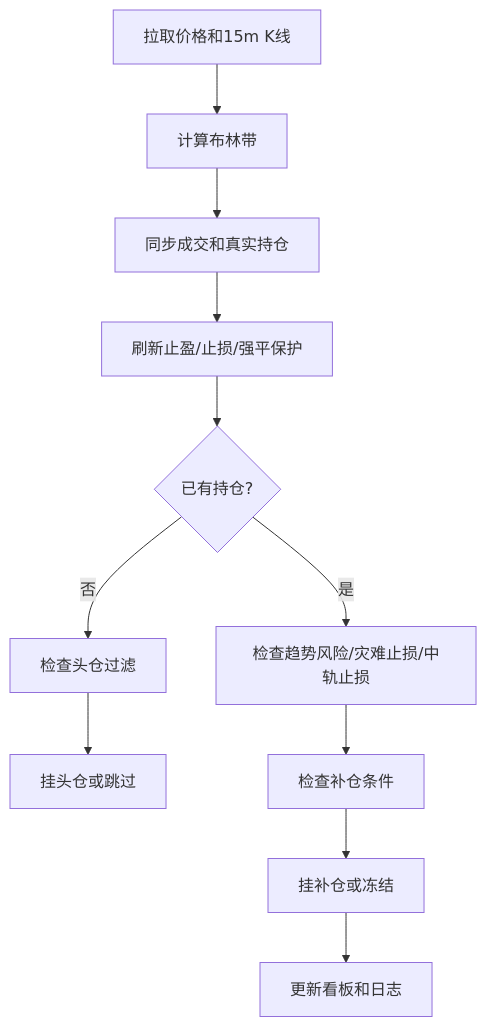
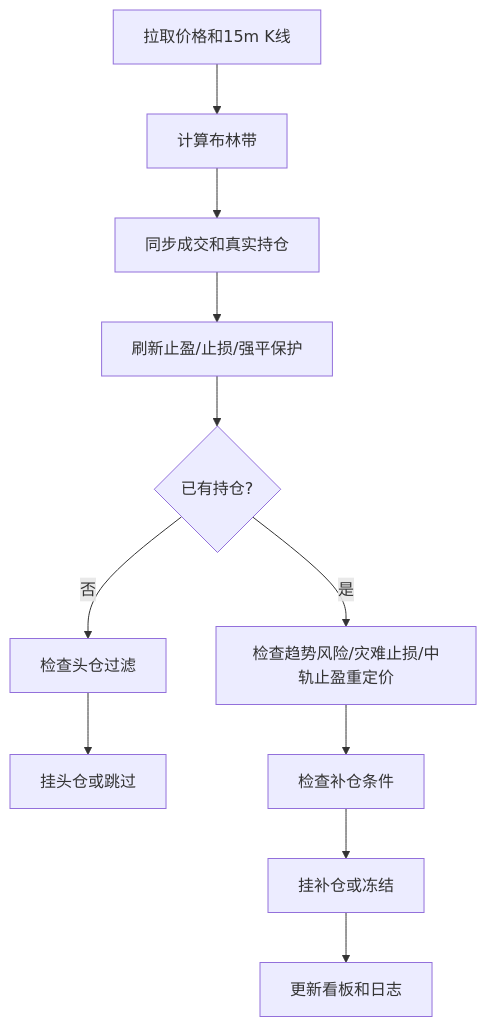
Before and after one commit to wxy0111/Bollinger-Adaptive-Reversion-Strategy-BARS-: the diagram in README.md, drawn with Mermaid. The commit also changed other lines of this file and 4 other files, not shown here.

````diff
--- a/README.md
+++ b/README.md
@@ -376,13 +397,13 @@
 ```mermaid
 flowchart TD
     A["拉取价格和15m K线"] --> B["计算布林带"]
     B --> C["同步成交和真实持仓"]
     C --> D["刷新止盈/止损/强平保护"]
     D --> E{"已有持仓?"}
     E -- "否" --> F["检查头仓过滤"]
     F --> G["挂头仓或跳过"]
-    E -- "是" --> H["检查趋势风险/灾难止损/中轨止损"]
+    E -- "是" --> H["检查趋势风险/灾难止损/中轨止盈重定价"]
     H --> I["检查补仓条件"]
     I --> J["挂补仓或冻结"]
     J --> K["更新看板和日志"]
 ```
````
